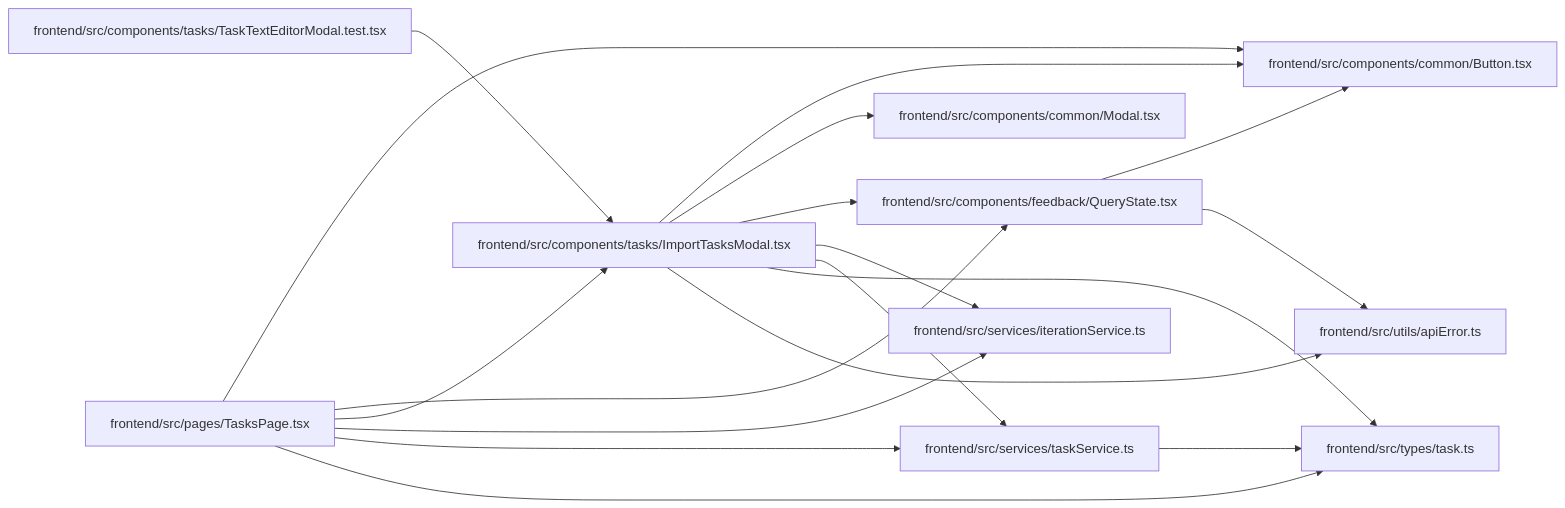
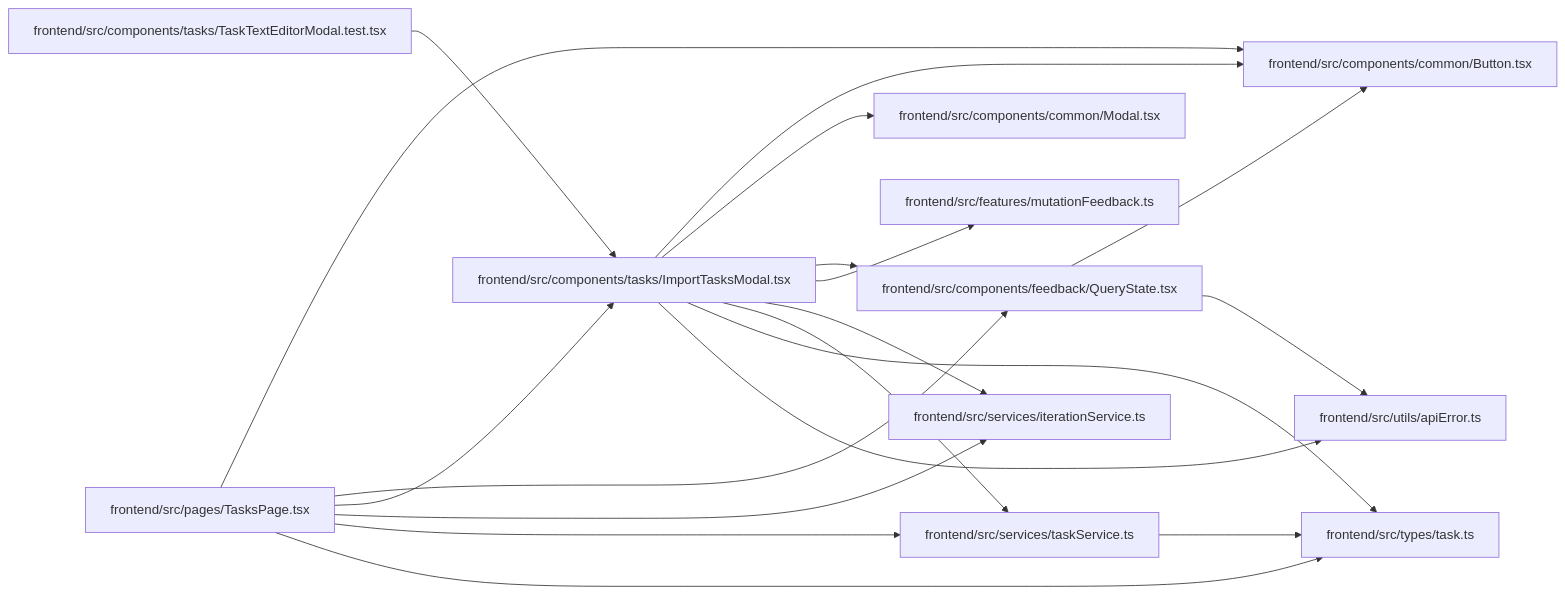
Before and after one commit to Denissvgn/WorkChord: the diagram in docs/llm_wiki/modules/ImportTasksModal.md, drawn with Mermaid. The commit also changed other lines of this file and 372 other files, not shown here.

Commit message:
docs(wiki): refresh for mutation success feedback

````diff
--- a/docs/llm_wiki/modules/ImportTasksModal.md
+++ b/docs/llm_wiki/modules/ImportTasksModal.md
@@ -39,40 +40,43 @@
 ```mermaid
 flowchart LR
     n0["frontend/src/components/common/Button.tsx"]
     n1["frontend/src/components/common/Modal.tsx"]
     n2["frontend/src/components/feedback/QueryState.tsx"]
     n3["frontend/src/components/tasks/ImportTasksModal.tsx"]
     n4["frontend/src/components/tasks/TaskTextEditorModal.test.tsx"]
-    n5["frontend/src/pages/TasksPage.tsx"]
-    n6["frontend/src/services/iterationService.ts"]
-    n7["frontend/src/services/taskService.ts"]
-    n8["frontend/src/types/task.ts"]
-    n9["frontend/src/utils/apiError.ts"]
+    n5["frontend/src/features/mutationFeedback.ts"]
+    n6["frontend/src/pages/TasksPage.tsx"]
+    n7["frontend/src/services/iterationService.ts"]
+    n8["frontend/src/services/taskService.ts"]
+    n9["frontend/src/types/task.ts"]
+    n10["frontend/src/utils/apiError.ts"]
     n2 --> n0
-    n2 --> n9
+    n2 --> n10
     n3 --> n0
     n3 --> n1
     n3 --> n2
-    n3 --> n6
+    n3 --> n5
     n3 --> n7
     n3 --> n8
     n3 --> n9
+    n3 --> n10
     n4 --> n3
-    n5 --> n0
-    n5 --> n2
-    n5 --> n3
-    n5 --> n6
-    n5 --> n7
-    n5 --> n8
-    n7 --> n8
+    n6 --> n0
+    n6 --> n2
+    n6 --> n3
+    n6 --> n7
+    n6 --> n8
+    n6 --> n9
+    n8 --> n9
     click n0 "../modules/Button.md"
     click n1 "../modules/Modal.md"
     click n2 "../modules/QueryState.md"
     click n3 "../modules/ImportTasksModal.md"
     click n4 "../modules/TaskTextEditorModal.test.md"
-    click n5 "../modules/TasksPage.md"
-    click n6 "../modules/iterationService.md"
-    click n7 "../modules/taskService.md"
-    click n8 "../modules/types_task.md"
-    click n9 "../modules/apiError.md"
+    click n5 "../modules/mutationFeedback.md"
+    click n6 "../modules/TasksPage.md"
+    click n7 "../modules/iterationService.md"
+    click n8 "../modules/taskService.md"
+    click n9 "../modules/types_task.md"
+    click n10 "../modules/apiError.md"
 ```
````
